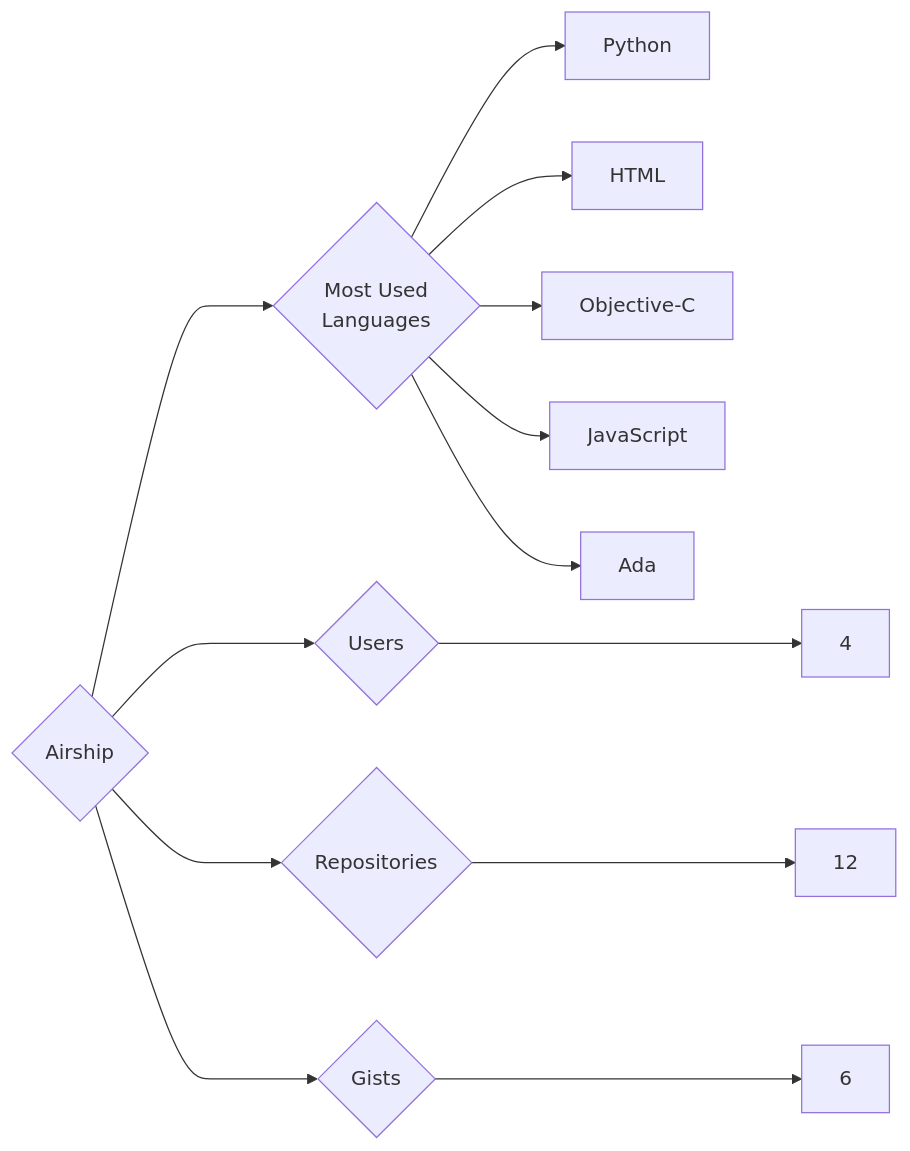
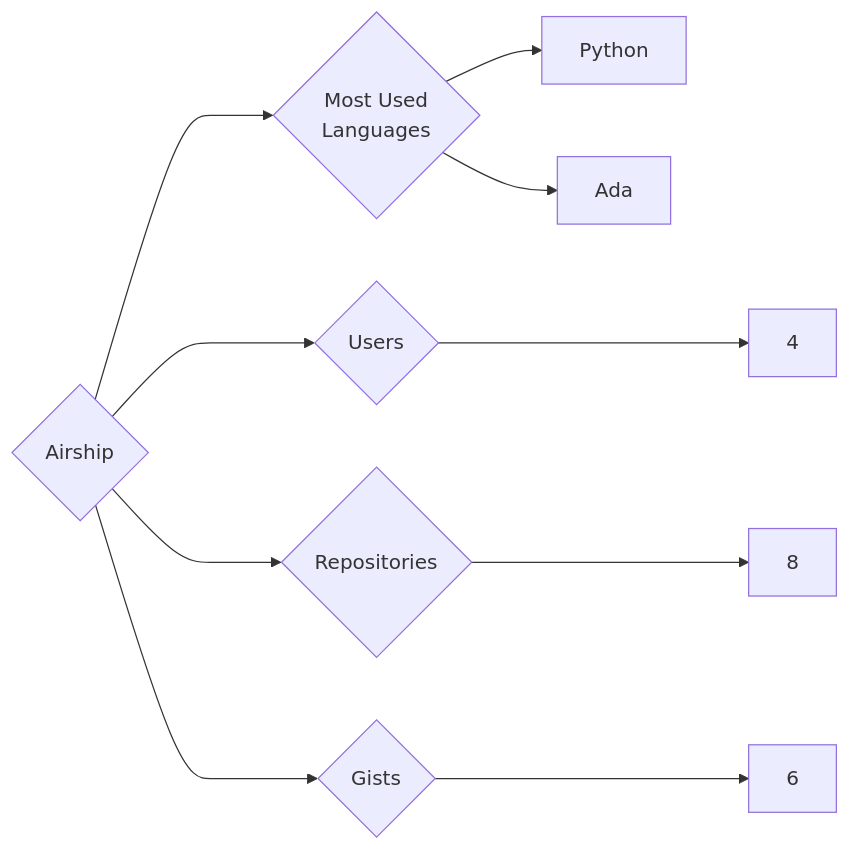
The diagram in targets/Airship/README.md (trickest/insiders), drawn with Mermaid before and after one commit. The commit also changed 1030 other files, not shown here.

````diff
--- a/targets/Airship/README.md
+++ b/targets/Airship/README.md
@@ -3,13 +3,10 @@
 ```mermaid
 graph LR
 COMPANY_NAME{Airship}
 COMPANY_NAME ---> U{Users} ---> UN[4]
-COMPANY_NAME ---> R{Repositories} ---> RN[12]
+COMPANY_NAME ---> R{Repositories} ---> RN[8]
 COMPANY_NAME ---> G{Gists} ---> GN[6]
 COMPANY_NAME ---> ML{Most Used<br>Languages}
 ML --> Python[Python]
-ML --> HTML[HTML]
-ML --> Objective-C[Objective-C]
-ML --> JavaScript[JavaScript]
 ML --> Ada[Ada]
 ```
````
